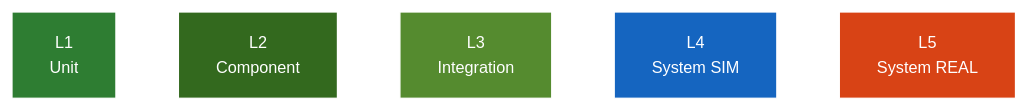
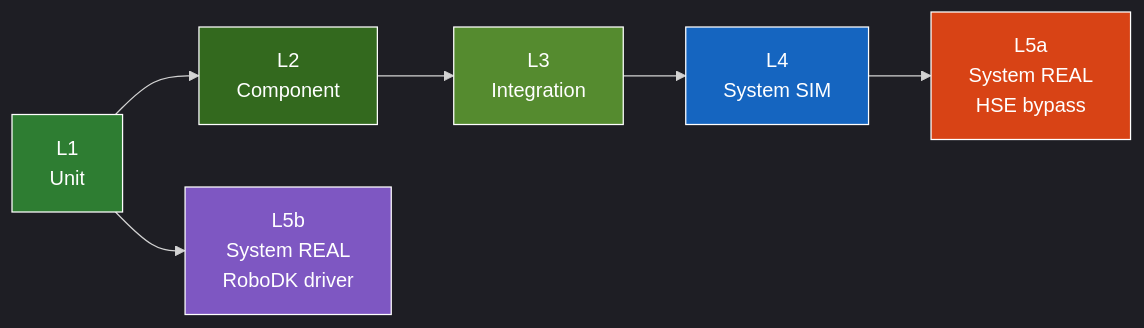
Before and after one commit to manhhv87/DTwinGP7: the seventh of 10 diagrams in docs/phat_bieu_bai_toan_v3_2_HD.md, drawn with Mermaid. The commit also changed other lines of this file and 37 other files, not shown here.

First line of the commit message:
feat: Level-4 bidirectional digital twin + HSE backend bypass

````diff
--- a/docs/phat_bieu_bai_toan_v3_2_HD.md
+++ b/docs/phat_bieu_bai_toan_v3_2_HD.md
@@ -580,10 +766,12 @@
 ```mermaid
-%%{init: {'theme':'base', 'themeVariables': {'fontSize':'13px','primaryTextColor':'#fff','primaryBorderColor':'#fff','lineColor':'#fff','background':'#1e1e1e','mainBkg':'#1e1e1e'}}}%%
+%%{init: {'theme':'dark'}}%%
 graph LR
-    A[L1<br/>Unit] --> B[L2<br/>Component] --> C[L3<br/>Integration] --> D[L4<br/>System SIM] --> E[L5<br/>System REAL]
+    A[L1<br/>Unit] --> B[L2<br/>Component] --> C[L3<br/>Integration] --> D[L4<br/>System SIM] --> E[L5a<br/>System REAL<br/>HSE bypass]
+    A --> F[L5b<br/>System REAL<br/>RoboDK driver]
     style A fill:#2E7D32,stroke:#fff,color:#fff
     style B fill:#33691E,stroke:#fff,color:#fff
     style C fill:#558B2F,stroke:#fff,color:#fff
     style D fill:#1565C0,stroke:#fff,color:#fff
     style E fill:#D84315,stroke:#fff,color:#fff
+    style F fill:#7E57C2,stroke:#fff,color:#fff
 ```
````
